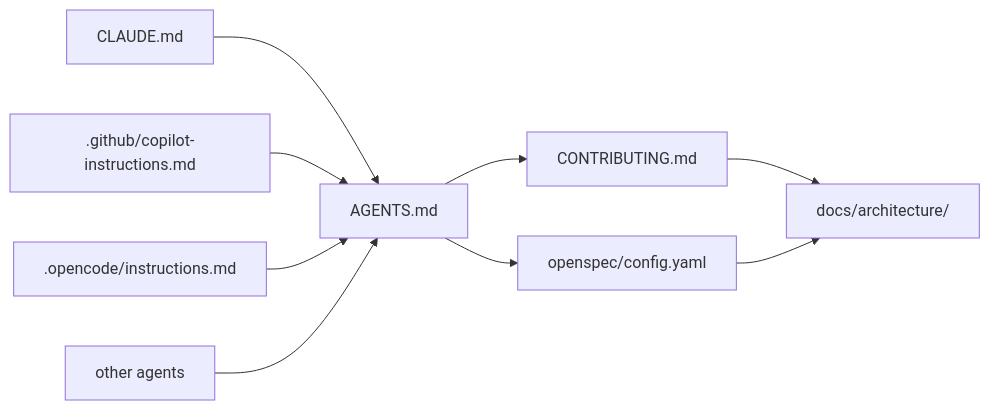
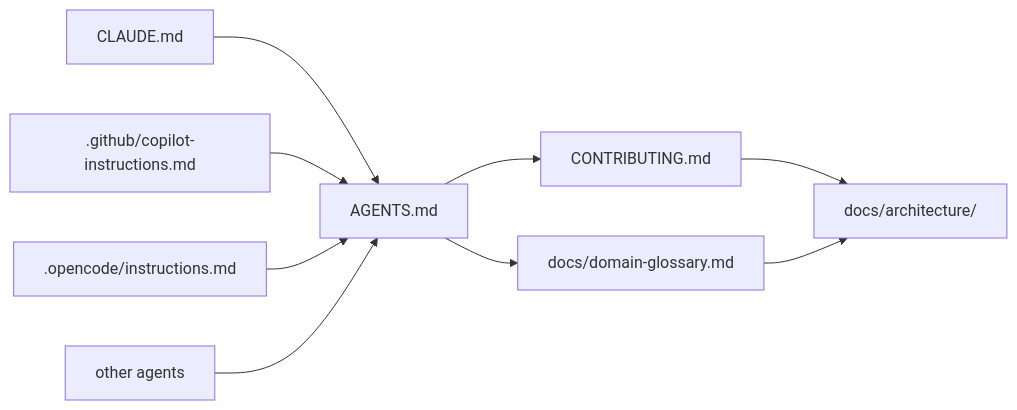
The diagram in COLLABORATION.md (cleancentive/cleancentive), drawn with Mermaid before and after one commit. The commit also changed other lines of this file and 67 other files, not shown here.

Commit message:
remove openspec and add glossary

````diff
--- a/COLLABORATION.md
+++ b/COLLABORATION.md
@@ -7,11 +7,11 @@
 ```mermaid
 graph LR
     A["CLAUDE.md"] --> D["AGENTS.md"]
     B[".github/copilot-instructions.md"] --> D
     C[".opencode/instructions.md"] --> D
     E["other agents"] --> D
     D --> F["CONTRIBUTING.md"]
-    D --> G["openspec/config.yaml"]
+    D --> G["docs/domain-glossary.md"]
     F --> H["docs/architecture/"]
     G --> H
 ```
````
